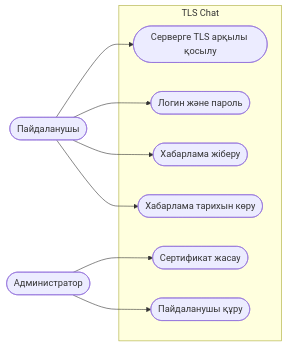
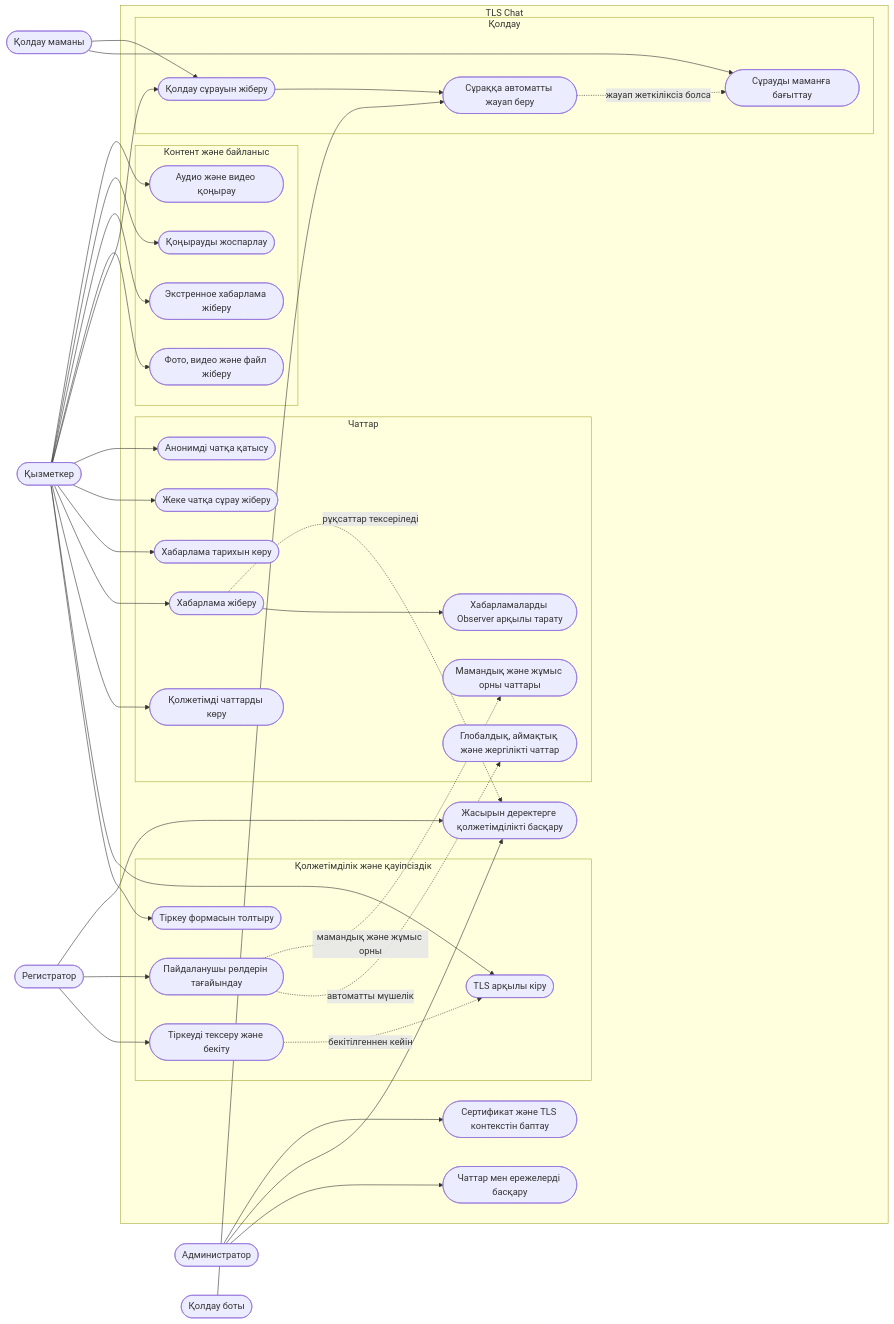
One commit to Zacklayr/TLS-chat changed the first of 5 diagrams in README.md. Above: the diagram before and after it, drawn with Mermaid.

Commit message:
рол

````diff
--- a/README.md
+++ b/README.md
@@ -79,19 +79,73 @@
 ```mermaid
 flowchart LR
-    U([Пайдаланушы])
+    E([Қызметкер])
+    R([Регистратор])
     A([Администратор])
+    B([Қолдау боты])
+    S([Қолдау маманы])
     subgraph TLSChat[TLS Chat]
-        UC1([Сертификат жасау])
-        UC2([Серверге TLS арқылы қосылу])
-        UC3([Логин және пароль])
-        UC4([Хабарлама жіберу])
-        UC5([Хабарлама тарихын көру])
-        UC6([Пайдаланушы құру])
+        subgraph Access[Қолжетімділік және қауіпсіздік]
+            UC1([Тіркеу формасын толтыру])
+            UC2([Тіркеуді тексеру және бекіту])
+            UC3([TLS арқылы кіру])
+            UC4([Пайдаланушы рөлдерін тағайындау])
+        end
+        subgraph Chats[Чаттар]
+            UC5([Қолжетімді чаттарды көру])
+            UC6([Хабарлама жіберу])
+            UC7([Хабарламаларды Observer арқылы тарату])
+            UC8([Хабарлама тарихын көру])
+            UC9([Глобалдық, аймақтық және жергілікті чаттар])
+            UC10([Мамандық және жұмыс орны чаттары])
+            UC11([Жеке чатқа сұрау жіберу])
+            UC12([Анонимді чатқа қатысу])
+        end
+        subgraph Support[Қолдау]
+            UC13([Қолдау сұрауын жіберу])
+            UC14([Сұраққа автоматты жауап беру])
+            UC15([Сұрауды маманға бағыттау])
+        end
+        subgraph Content[Контент және байланыс]
+            UC16([Фото, видео және файл жіберу])
+            UC17([Экстренное хабарлама жіберу])
+            UC18([Қоңырауды жоспарлау])
+            UC19([Аудио және видео қоңырау])
+        end
+        UC20([Чаттар мен ережелерді басқару])
+        UC21([Жасырын деректерге қолжетімділікті басқару])
+        UC22([Сертификат және TLS контекстін баптау])
     end
-    U --> UC2
-    U --> UC3
-    U --> UC4
-    U --> UC5
-    A --> UC1
-    A --> UC6
+
+    E --> UC1
+    E --> UC3
+    E --> UC5
+    E --> UC6
+    E --> UC8
+    E --> UC11
+    E --> UC12
+    E --> UC13
+    E --> UC16
+    E --> UC17
+    E --> UC18
+    E --> UC19
+
+    R --> UC2
+    R --> UC4
+    R --> UC21
+
+    A --> UC20
+    A --> UC21
+    A --> UC22
+
+    B --> UC14
+    S --> UC15
+    S --> UC13
+
+    UC2 -.->|бекітілгеннен кейін| UC3
+    UC4 -.->|автоматты мүшелік| UC9
+    UC4 -.->|мамандық және жұмыс орны| UC10
+    UC6 --> UC7
+    UC13 --> UC14
+    UC14 -.->|жауап жеткіліксіз болса| UC15
+    UC6 -.->|рұқсаттар тексеріледі| UC21
 ```
````
